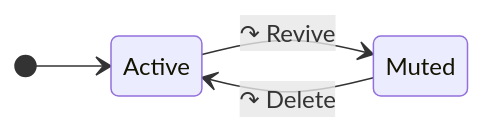
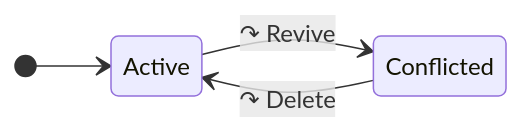
The first of 2 diagrams in packages/dds/tree/docs/sequence-field/README.md (microsoft/FluidFramework), drawn with Mermaid before and after one commit. The commit also changed other lines of this file and 16 other files, not shown here.

````diff
--- a/packages/dds/tree/docs/sequence-field/README.md
+++ b/packages/dds/tree/docs/sequence-field/README.md
@@ -25,7 +25,7 @@
 ```mermaid
 stateDiagram-v2
     direction LR
     [*] --> Active
-    Active --> Muted: ↷ Revive
-    Muted --> Active: ↷ Delete
+    Active --> Conflicted: ↷ Revive
+    Conflicted --> Active: ↷ Delete
 ```
````
